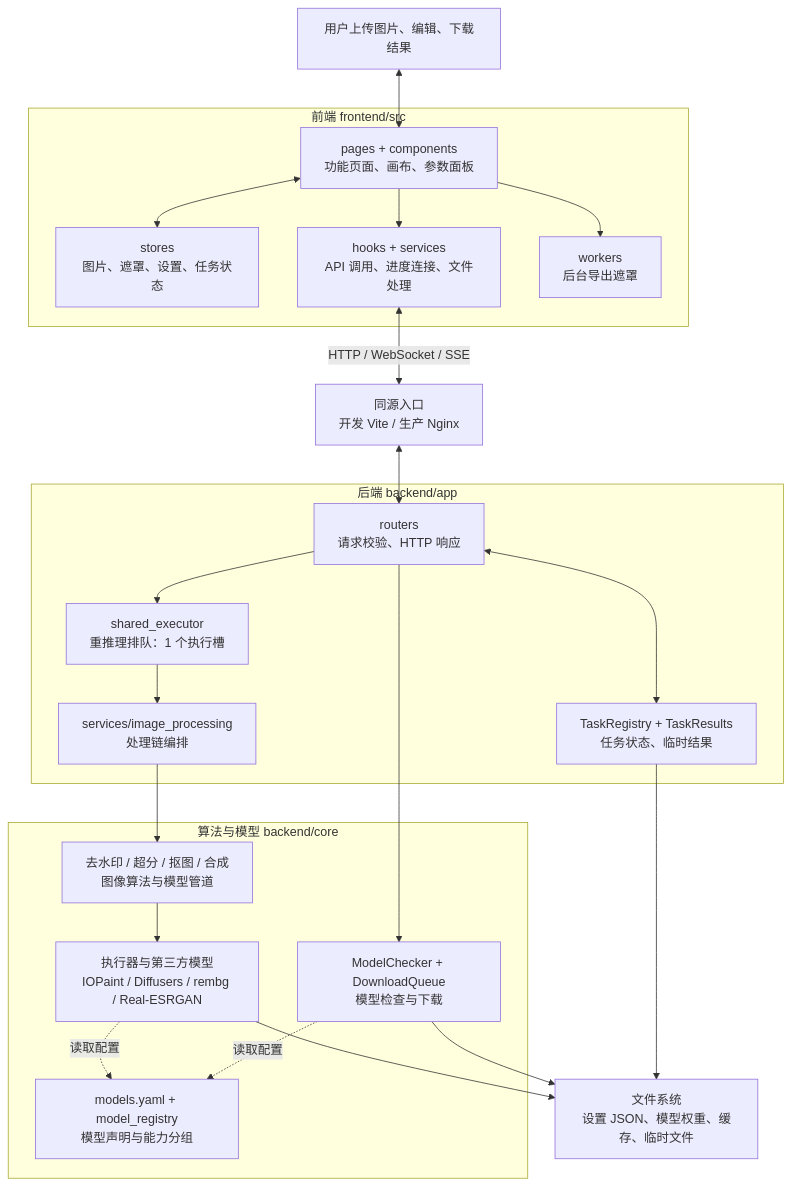
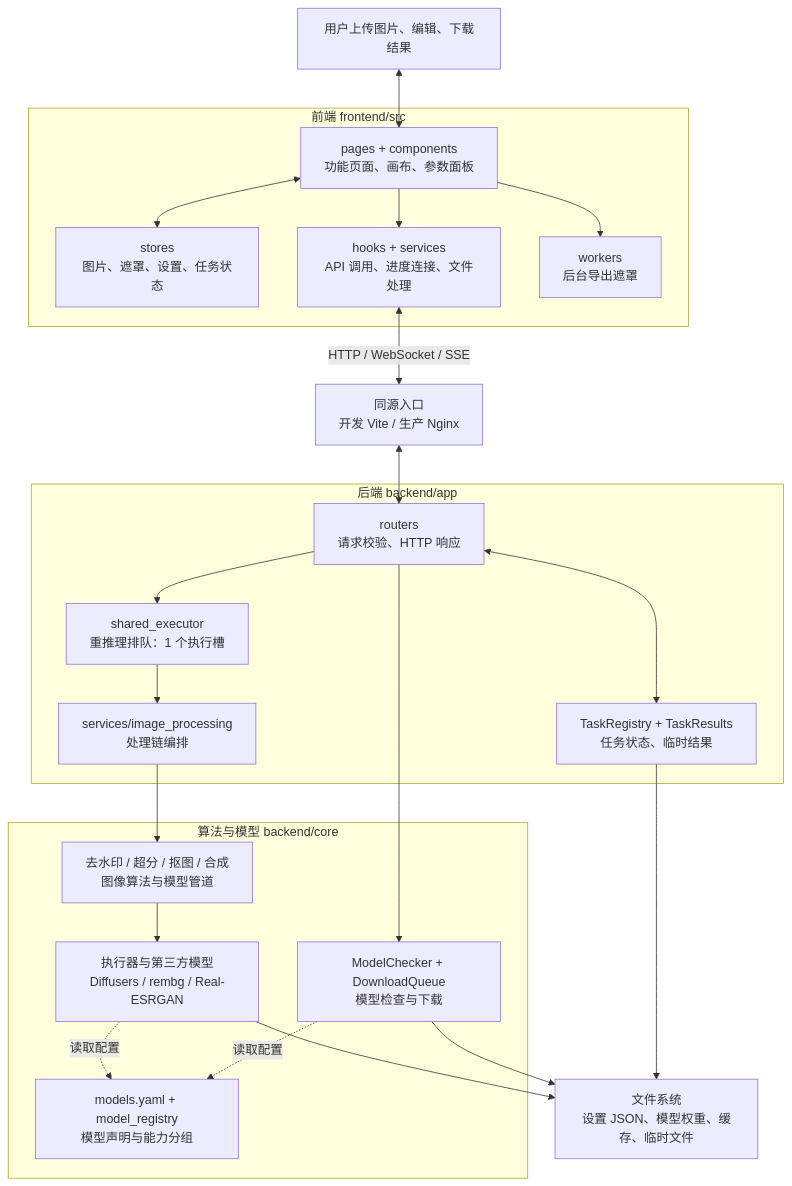
One commit to Hikari-Zhang/HiImage changed the first of 3 diagrams in docs/SYSTEM_ARCHITECTURE.md. Above: the diagram before and after it, drawn with Mermaid. The commit also changed other lines of this file and 95 other files, not shown here.

````diff
--- a/docs/SYSTEM_ARCHITECTURE.md
+++ b/docs/SYSTEM_ARCHITECTURE.md
@@ -39,40 +39,40 @@
 ```mermaid
 flowchart TB
     User[用户上传图片、编辑、下载结果]
     subgraph Frontend[前端 frontend/src]
         Pages[pages + components<br/>功能页面、画布、参数面板]
         Stores[stores<br/>图片、遮罩、设置、任务状态]
         Client[hooks + services<br/>API 调用、进度连接、文件处理]
         Worker[workers<br/>后台导出遮罩]
         Pages <--> Stores
         Pages --> Client
         Pages --> Worker
     end
     Gateway[同源入口<br/>开发 Vite / 生产 Nginx]
     subgraph Backend[后端 backend/app]
         Routes[routers<br/>请求校验、HTTP 响应]
         Queue[shared_executor<br/>重推理排队：1 个执行槽]
         Service[services/image_processing<br/>处理链编排]
         Tasks[TaskRegistry + TaskResults<br/>任务状态、临时结果]
         Routes --> Queue --> Service
         Routes <--> Tasks
     end
     subgraph Core[算法与模型 backend/core]
         Algorithms[去水印 / 超分 / 抠图 / 合成<br/>图像算法与模型管道]
         Registry[models.yaml + model_registry<br/>模型声明与能力分组]
-        Executors[执行器与第三方模型<br/>IOPaint / Diffusers / rembg / Real-ESRGAN]
+        Executors[执行器与第三方模型<br/>Diffusers / rembg / Real-ESRGAN]
         Downloads[ModelChecker + DownloadQueue<br/>模型检查与下载]
         Algorithms --> Executors
         Executors -.读取配置.-> Registry
         Downloads -.读取配置.-> Registry
     end
     Storage[文件系统<br/>设置 JSON、模型权重、缓存、临时文件]
     User <--> Pages
     Client <-->|HTTP / WebSocket / SSE| Gateway
     Gateway <--> Routes
     Service --> Algorithms
     Routes --> Downloads
     Tasks --> Storage
     Executors --> Storage
     Downloads --> Storage
 ```
````
